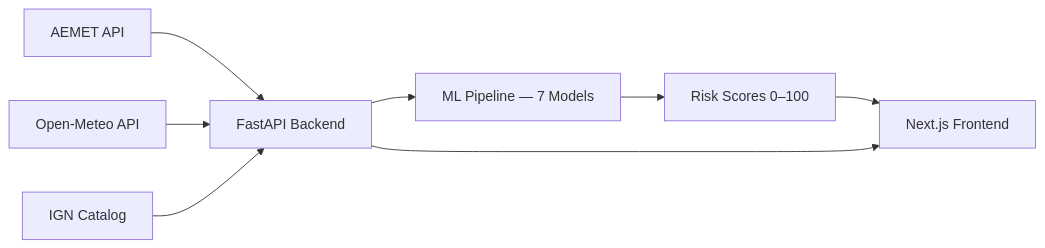
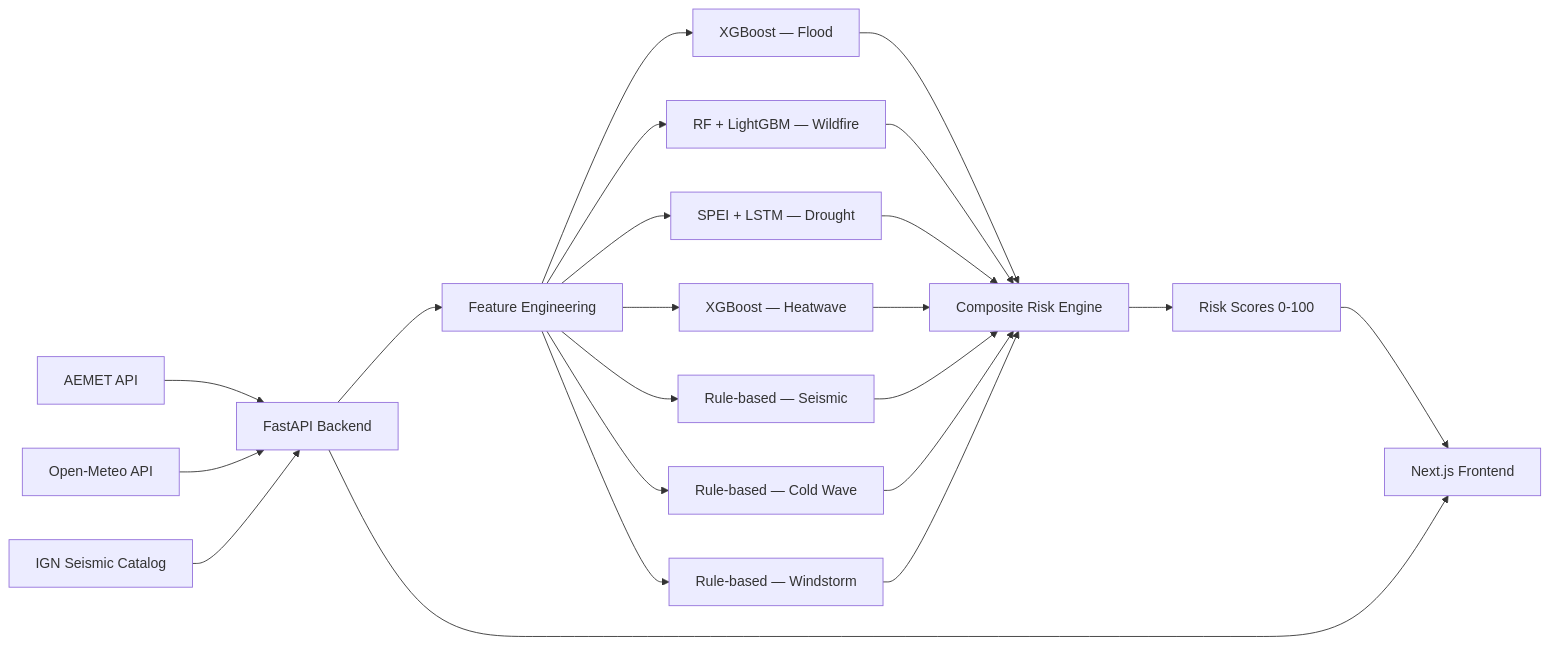
The diagram in README.md (javierdejesusda/TrueRisk), drawn with Mermaid before and after one commit. The commit also changed other lines of this file and 40 other files, not shown here.

````diff
--- a/README.md
+++ b/README.md
@@ -28,10 +19,24 @@
 ```mermaid
 graph LR
     A[AEMET API] --> D[FastAPI Backend]
     B[Open-Meteo API] --> D
-    C[IGN Catalog] --> D
-    D --> E[ML Pipeline — 7 Models]
-    E --> F[Risk Scores 0–100]
-    F --> G[Next.js Frontend]
-    D --> G
+    C[IGN Seismic Catalog] --> D
+    D --> E[Feature Engineering]
+    E --> F1[XGBoost — Flood]
+    E --> F2[RF + LightGBM — Wildfire]
+    E --> F3[SPEI + LSTM — Drought]
+    E --> F4[XGBoost — Heatwave]
+    E --> F5[Rule-based — Seismic]
+    E --> F6[Rule-based — Cold Wave]
+    E --> F7[Rule-based — Windstorm]
+    F1 --> G[Composite Risk Engine]
+    F2 --> G
+    F3 --> G
+    F4 --> G
+    F5 --> G
+    F6 --> G
+    F7 --> G
+    G --> H[Risk Scores 0-100]
+    H --> I[Next.js Frontend]
+    D --> I
 ```
````
